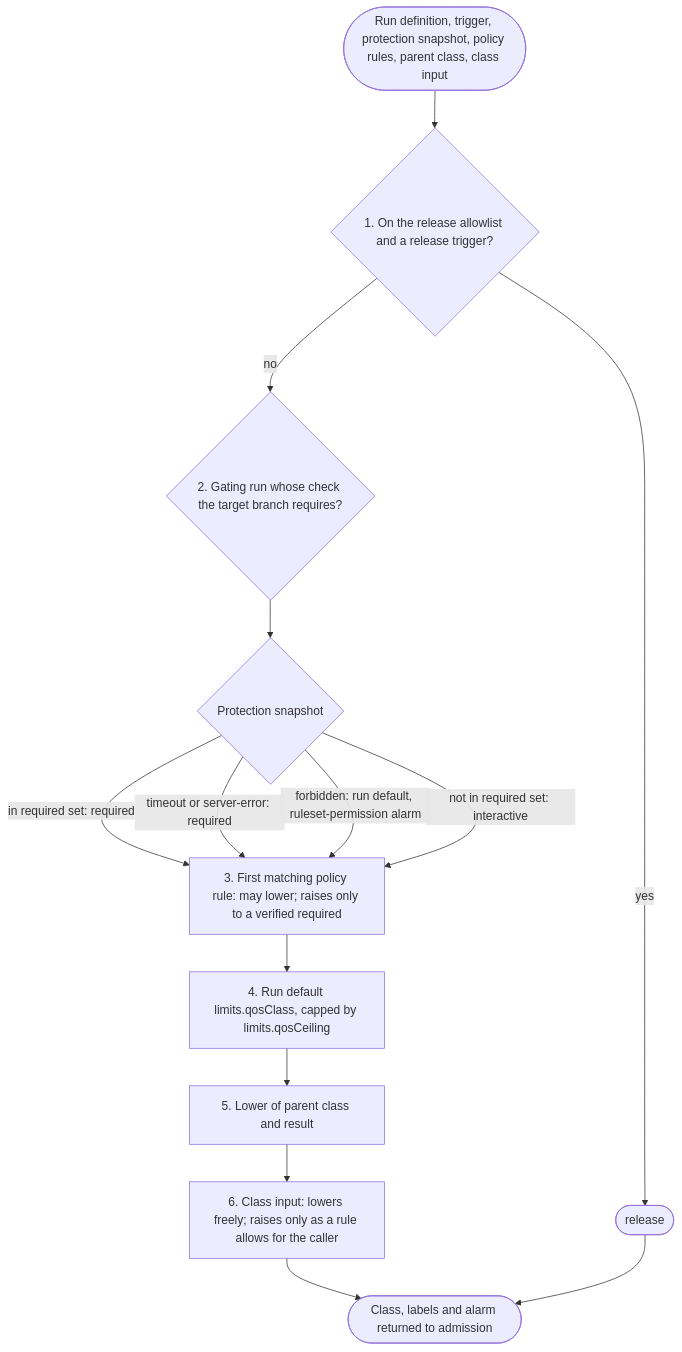
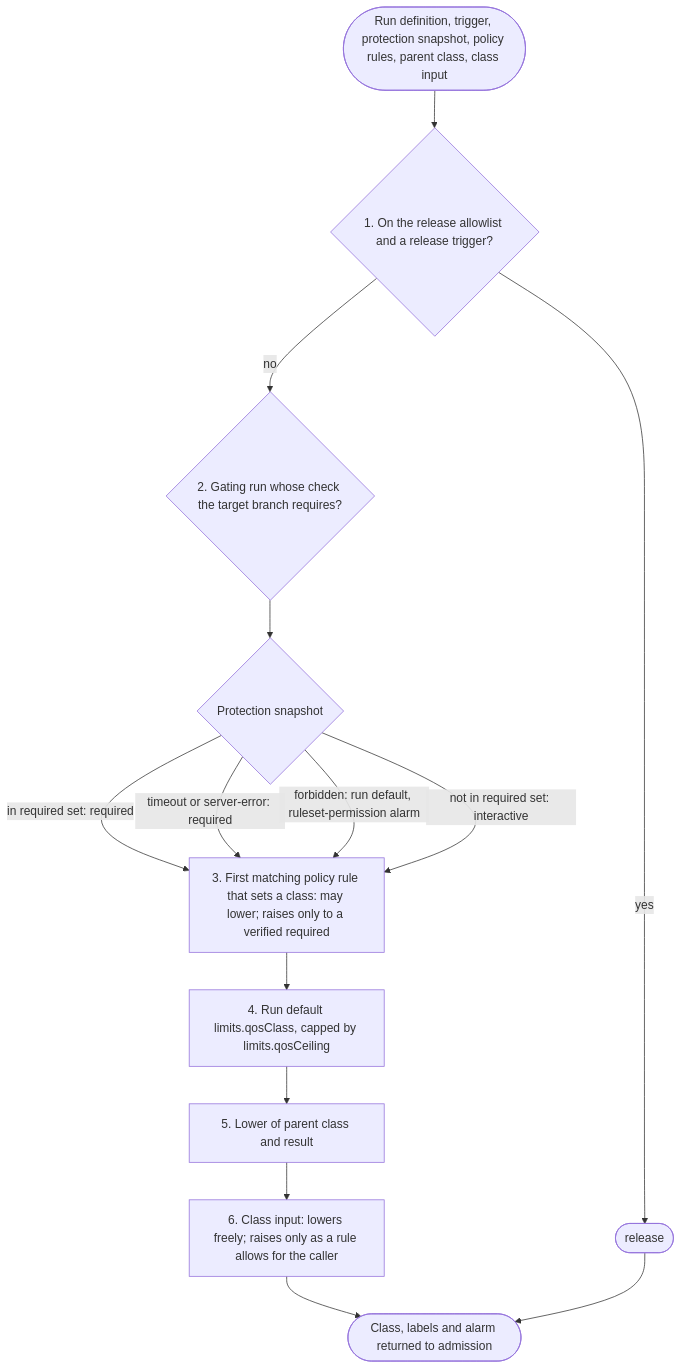
One commit to fractalboxdev/flare-dispatch changed the diagram in specs/profile.md. Above: the diagram before and after it, drawn with Mermaid. The commit also changed other lines of this file and 5 other files, not shown here.

First line of the commit message:
fix(profile): policy sync rejects a rule that sets no class or mode, and the deploy requires the POLICY_RULES var

````diff
--- a/specs/profile.md
+++ b/specs/profile.md
@@ -69,31 +69,31 @@
 ```mermaid
 flowchart TB
   accTitle: resolveClass applies six steps in order
   in([Run definition, trigger, protection snapshot, policy rules, parent class, class input])
   s1{1. On the release allowlist and a release trigger?}
   s2{2. Gating run whose check the target branch requires?}
   look{Protection snapshot}
-  s3["3. First matching policy rule: may lower; raises only to a verified required"]
+  s3["3. First matching policy rule that sets a class: may lower; raises only to a verified required"]
   s4[4. Run default limits.qosClass, capped by limits.qosCeiling]
   s5[5. Lower of parent class and result]
   s6["6. Class input: lowers freely; raises only as a rule allows for the caller"]
   rel([release])
   out([Class, labels and alarm returned to admission])
   in --> s1
   s1 -->|yes| rel
   s1 -->|no| s2
   s2 --> look
   look -->|in required set: required| s3
   look -->|timeout or server-error: required| s3
   look -->|forbidden: run default, ruleset-permission alarm| s3
   look -->|not in required set: interactive| s3
   s3 --> s4
   s4 --> s5
   s5 --> s6
   s6 --> out
   rel --> out
   class in muted
   class s1,s2,look warn
   class s3,s4,s5,s6 accent
   class rel,out ok
 ```
````
